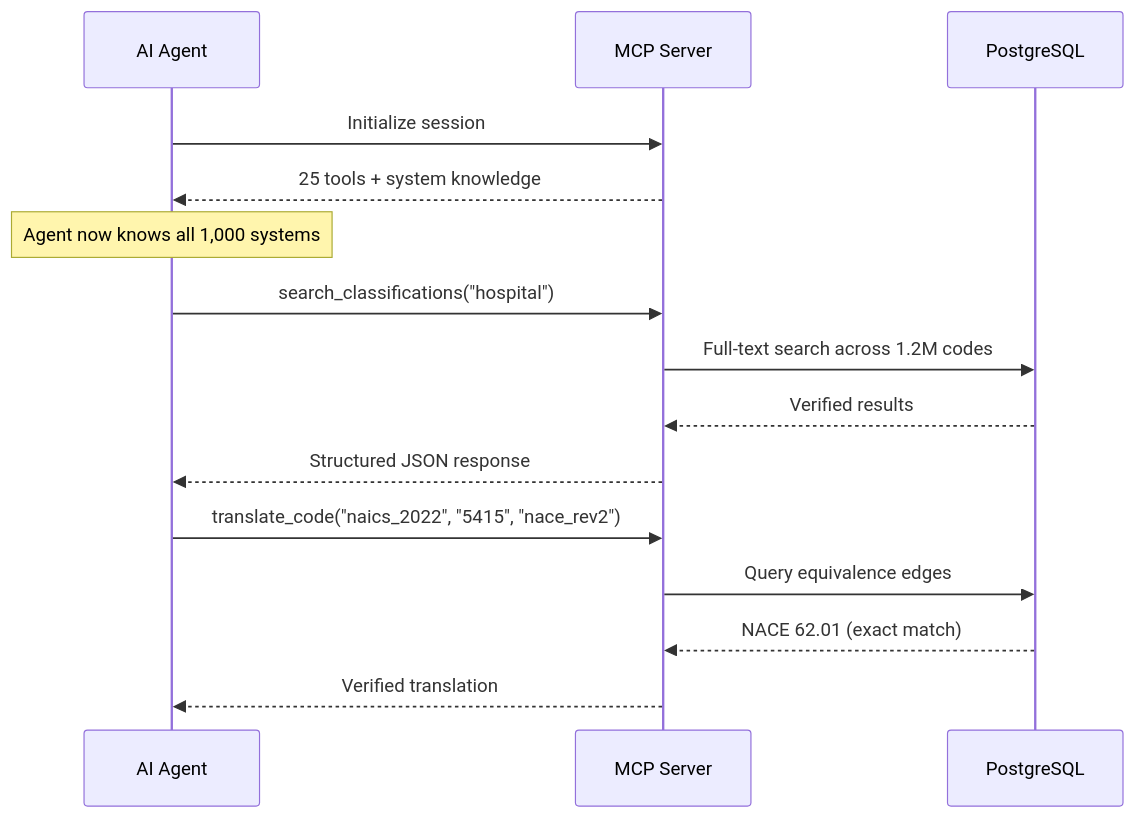
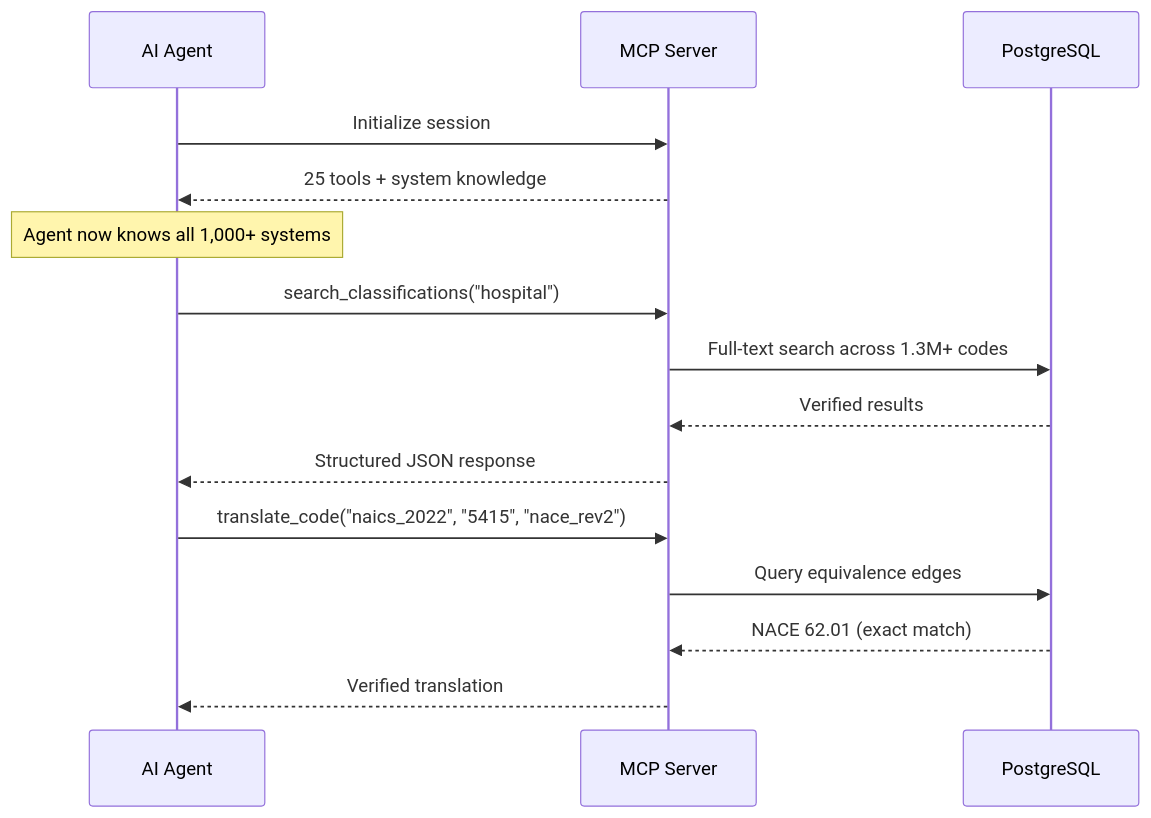
Before and after one commit to colaberry/WorldOfTaxonomy: the diagram in blog/give-your-ai-agent-every-taxonomy.md, drawn with Mermaid. The commit also changed 50 other files, not shown here.

````diff
--- a/blog/give-your-ai-agent-every-taxonomy.md
+++ b/blog/give-your-ai-agent-every-taxonomy.md
@@ -21,18 +21,18 @@
 ```mermaid
 sequenceDiagram
     participant AI as AI Agent
     participant MCP as MCP Server
     participant DB as PostgreSQL
 
     AI->>MCP: Initialize session
     MCP-->>AI: 25 tools + system knowledge
-    Note over AI: Agent now knows all 1,000 systems
+    Note over AI: Agent now knows all 1,000+ systems
     AI->>MCP: search_classifications("hospital")
-    MCP->>DB: Full-text search across 1.2M codes
+    MCP->>DB: Full-text search across 1.3M+ codes
     DB-->>MCP: Verified results
     MCP-->>AI: Structured JSON response
     AI->>MCP: translate_code("naics_2022", "5415", "nace_rev2")
     MCP->>DB: Query equivalence edges
     DB-->>MCP: NACE 62.01 (exact match)
     MCP-->>AI: Verified translation
 ```
````
